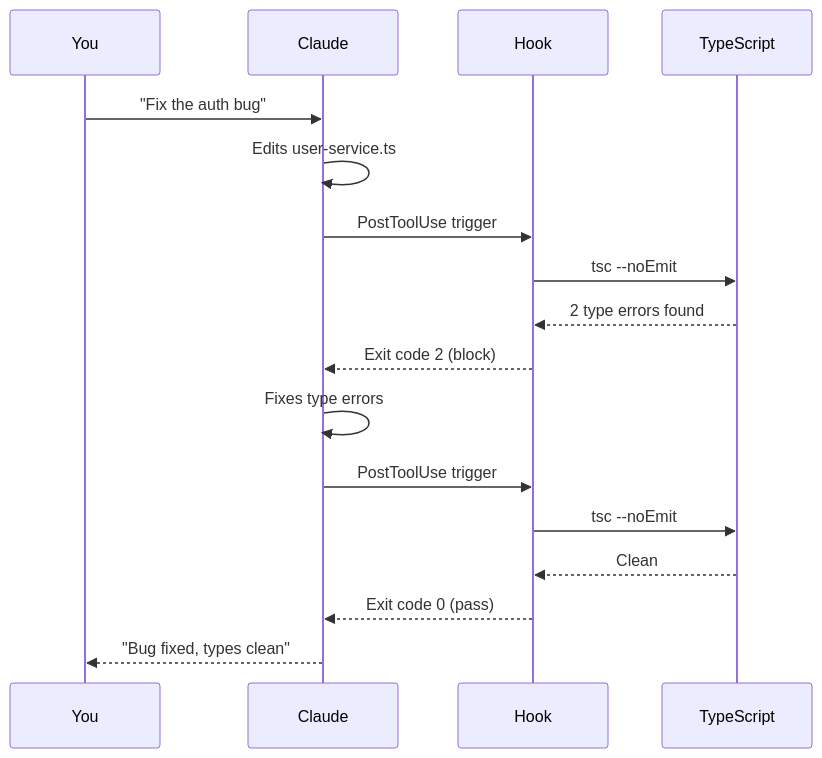
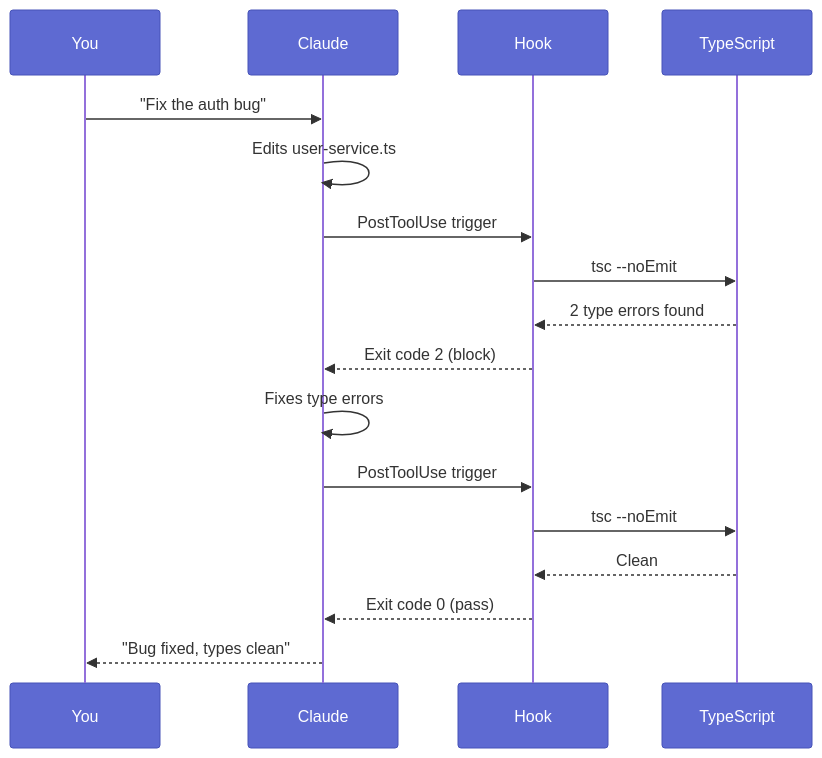
One commit to ao92265/claude-code-playbook changed the eighth of 9 diagrams in README.md. Above: the diagram before and after it, drawn with Mermaid. The commit also changed other lines of this file and 2 other files, not shown here.

First line of the commit message:
docs: visual upgrade — branded hero, unified diagram design system (#14)

````diff
--- a/README.md
+++ b/README.md
@@ -615,20 +636,21 @@
 ```mermaid
+%%{init: {"themeVariables": {"actorBkg": "#5E6AD2", "actorTextColor": "#FFFFFF", "actorBorder": "#4653B8", "activationBkgColor": "#F0BF00"}}}%%
 sequenceDiagram
     participant You
     participant Claude
     participant Hook
     participant TypeScript
 
     You->>Claude: "Fix the auth bug"
     Claude->>Claude: Edits user-service.ts
     Claude->>Hook: PostToolUse trigger
     Hook->>TypeScript: tsc --noEmit
     TypeScript-->>Hook: 2 type errors found
     Hook-->>Claude: Exit code 2 (block)
     Claude->>Claude: Fixes type errors
     Claude->>Hook: PostToolUse trigger
     Hook->>TypeScript: tsc --noEmit
     TypeScript-->>Hook: Clean
     Hook-->>Claude: Exit code 0 (pass)
     Claude-->>You: "Bug fixed, types clean"
 ```
````
